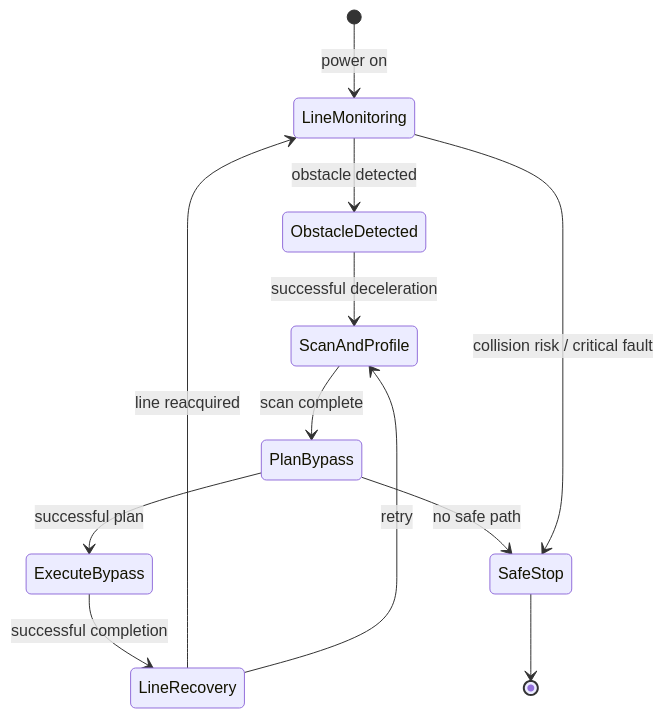
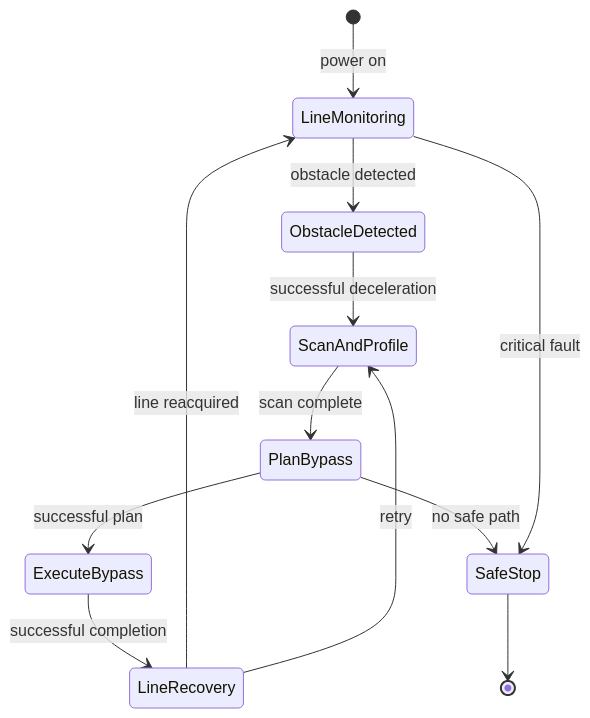
One commit to 10x-Slackers/INF2004 changed the fourth of 5 diagrams in docs/ARCHITECTURE.md. Above: the diagram before and after it, drawn with Mermaid. The commit also changed other lines of this file and 1 other file, not shown here.

First line of the commit message:
docs: state where collision risk is checked after the backstop removal (#24)

````diff
--- a/docs/ARCHITECTURE.md
+++ b/docs/ARCHITECTURE.md
@@ -213,14 +213,14 @@
 ```mermaid
 stateDiagram-v2
     [*] --> LineMonitoring: power on
     LineMonitoring --> ObstacleDetected: obstacle detected
     ObstacleDetected --> ScanAndProfile: successful deceleration
     ScanAndProfile --> PlanBypass: scan complete
     PlanBypass --> ExecuteBypass: successful plan
     ExecuteBypass --> LineRecovery: successful completion
     LineRecovery --> LineMonitoring: line reacquired
     LineRecovery --> ScanAndProfile: retry
     PlanBypass --> SafeStop: no safe path
-    LineMonitoring --> SafeStop: collision risk / critical fault
+    LineMonitoring --> SafeStop: critical fault
     SafeStop --> [*]
 ```
````
